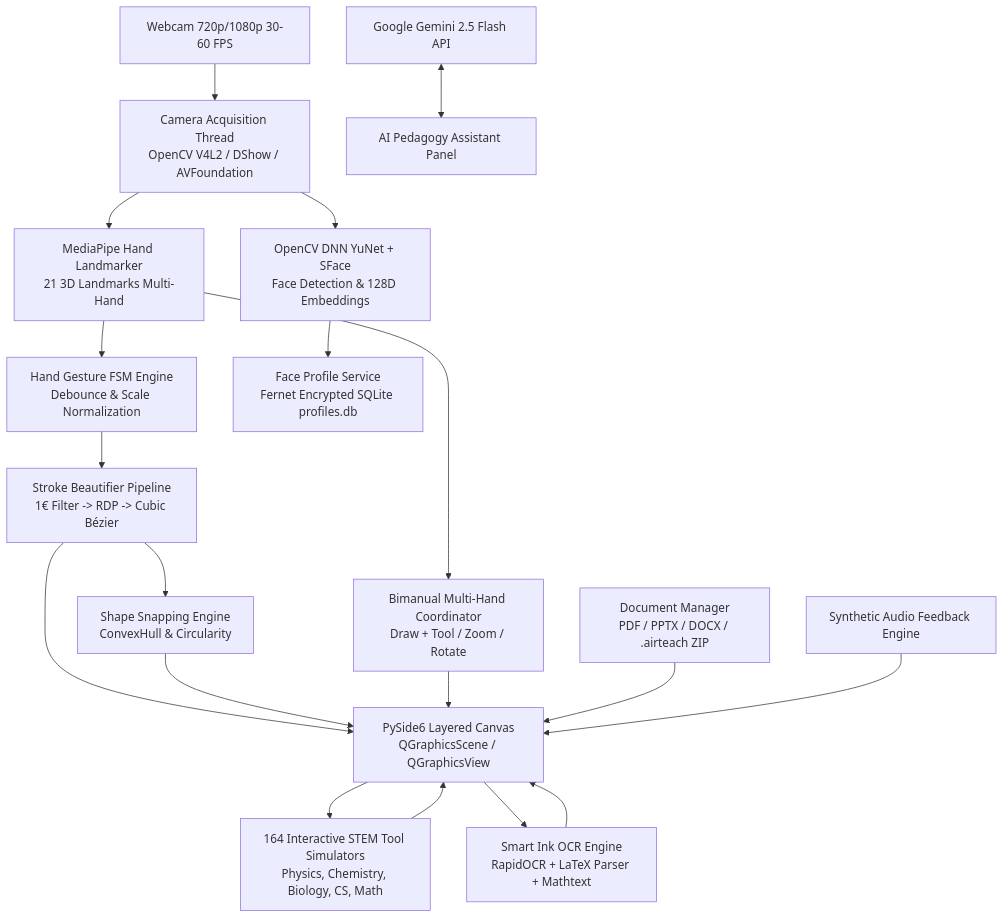
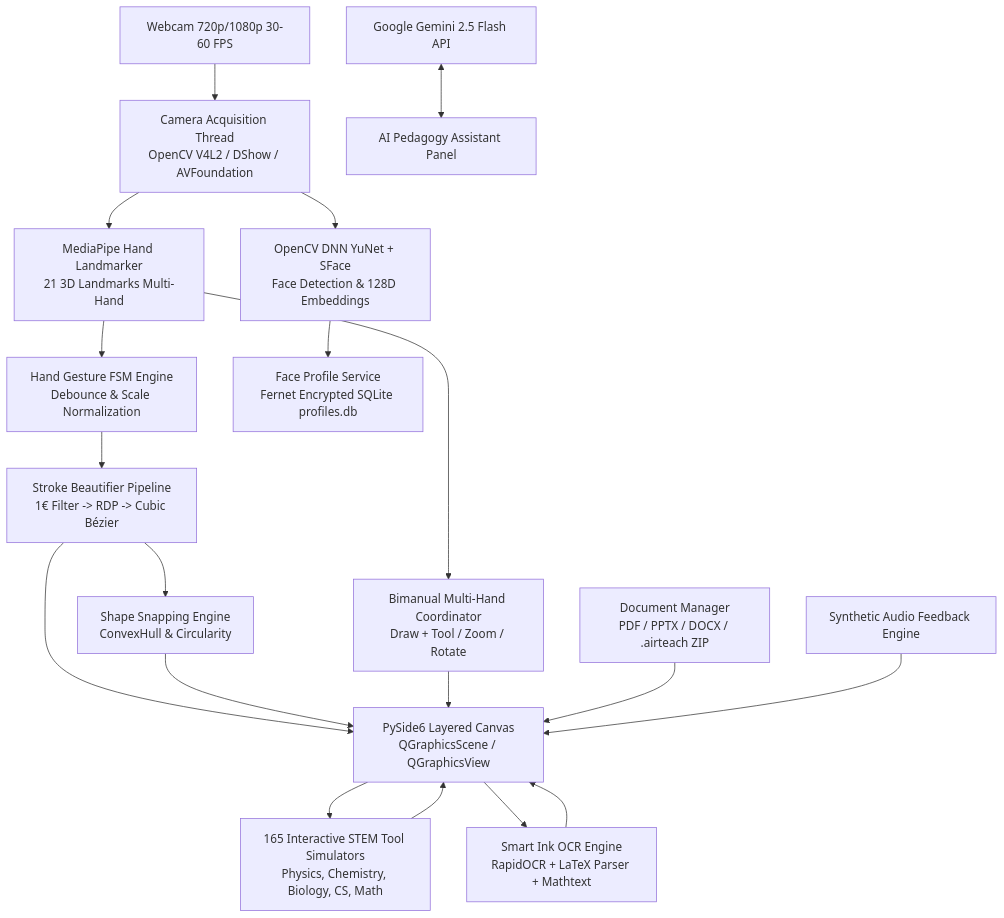
One commit to ducnt2104/AirTeach-AI changed the diagram in README.md. Above: the diagram before and after it, drawn with Mermaid. The commit also changed other lines of this file and 5 other files, not shown here.

````diff
--- a/README.md
+++ b/README.md
@@ -199,28 +199,28 @@
 ```mermaid
 graph TD
     A[Webcam 720p/1080p 30-60 FPS] --> B[Camera Acquisition Thread\nOpenCV V4L2 / DShow / AVFoundation]
     B --> C[MediaPipe Hand Landmarker\n21 3D Landmarks Multi-Hand]
     B --> D[OpenCV DNN YuNet + SFace\nFace Detection & 128D Embeddings]
     
     C --> E[Hand Gesture FSM Engine\nDebounce & Scale Normalization]
     C --> F[Bimanual Multi-Hand Coordinator\nDraw + Tool / Zoom / Rotate]
     
     E --> G[Stroke Beautifier Pipeline\n1€ Filter -> RDP -> Cubic Bézier]
     G --> H[Shape Snapping Engine\nConvexHull & Circularity]
     
     G --> I[PySide6 Layered Canvas\nQGraphicsScene / QGraphicsView]
     H --> I
     F --> I
     
-    I --> J[164 Interactive STEM Tool Simulators\nPhysics, Chemistry, Biology, CS, Math]
+    I --> J[165 Interactive STEM Tool Simulators\nPhysics, Chemistry, Biology, CS, Math]
     J --> I
     
     I --> K[Smart Ink OCR Engine\nRapidOCR + LaTeX Parser + Mathtext]
     K --> I
     
     D --> L[Face Profile Service\nFernet Encrypted SQLite profiles.db]
     
     M[Document Manager\nPDF / PPTX / DOCX / .airteach ZIP] --> I
     N[Google Gemini 2.5 Flash API] <--> O[AI Pedagogy Assistant Panel]
     P[Synthetic Audio Feedback Engine] --> I
 ```
````
